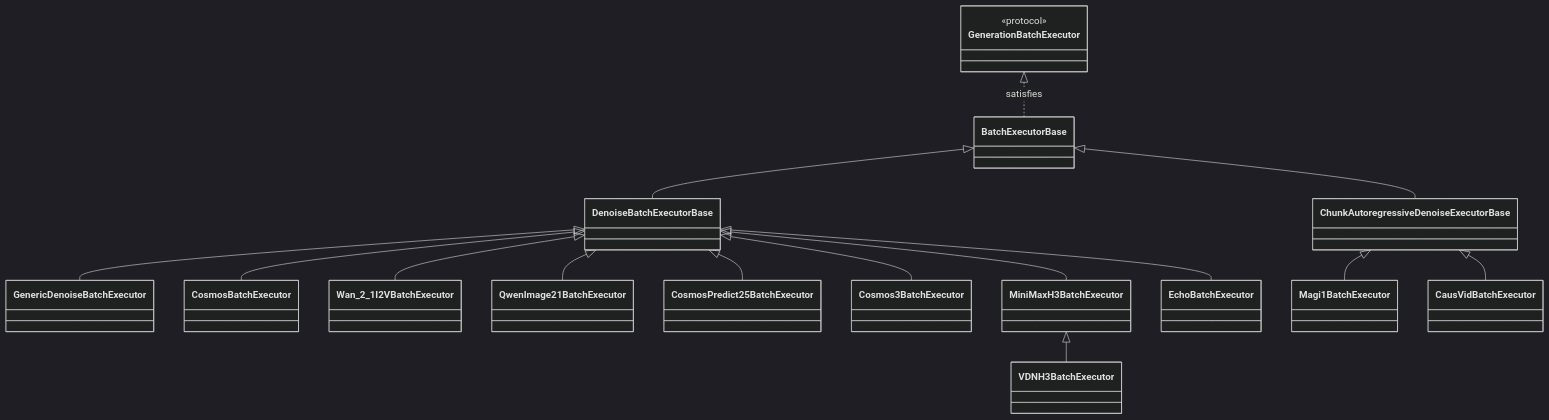
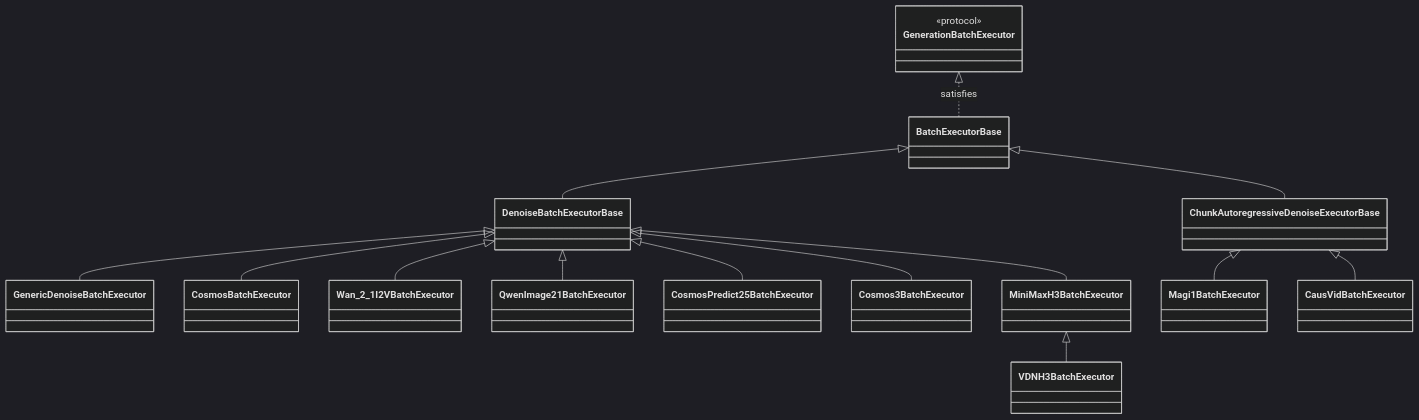
Before and after one commit to guoriyue/VRL: the second of 3 diagrams in docs/ENGINE_ARCHITECTURE.md, drawn with Mermaid (dark theme). The commit also changed other lines of this file and 26 other files, not shown here.

````diff
--- a/docs/ENGINE_ARCHITECTURE.md
+++ b/docs/ENGINE_ARCHITECTURE.md
@@ -151,22 +151,21 @@
 ```mermaid
 classDiagram
     class GenerationBatchExecutor { <<protocol>> }
     class BatchExecutorBase
     class DenoiseBatchExecutorBase
     class GenericDenoiseBatchExecutor
     class ChunkAutoregressiveDenoiseExecutorBase
     GenerationBatchExecutor <|.. BatchExecutorBase : satisfies
     BatchExecutorBase <|-- DenoiseBatchExecutorBase
     BatchExecutorBase <|-- ChunkAutoregressiveDenoiseExecutorBase
     DenoiseBatchExecutorBase <|-- GenericDenoiseBatchExecutor
     DenoiseBatchExecutorBase <|-- CosmosBatchExecutor
     DenoiseBatchExecutorBase <|-- Wan_2_1I2VBatchExecutor
     DenoiseBatchExecutorBase <|-- QwenImage21BatchExecutor
     DenoiseBatchExecutorBase <|-- CosmosPredict25BatchExecutor
     DenoiseBatchExecutorBase <|-- Cosmos3BatchExecutor
     DenoiseBatchExecutorBase <|-- MiniMaxH3BatchExecutor
-    DenoiseBatchExecutorBase <|-- EchoBatchExecutor
     MiniMaxH3BatchExecutor <|-- VDNH3BatchExecutor
     ChunkAutoregressiveDenoiseExecutorBase <|-- Magi1BatchExecutor
     ChunkAutoregressiveDenoiseExecutorBase <|-- CausVidBatchExecutor
 ```
````
